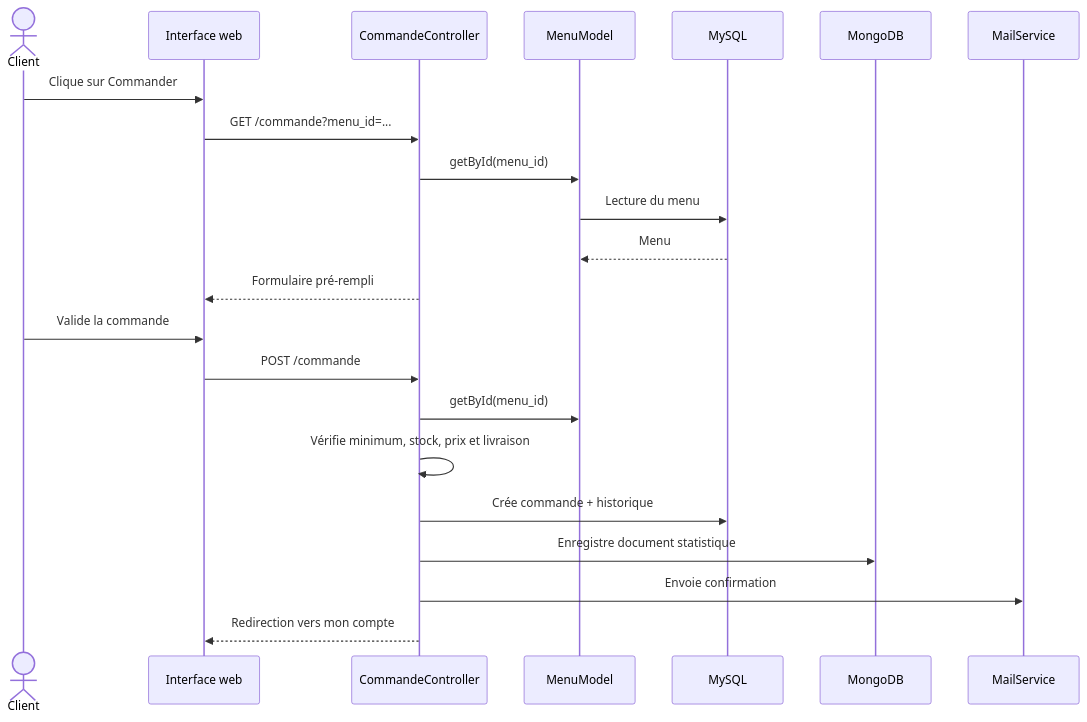
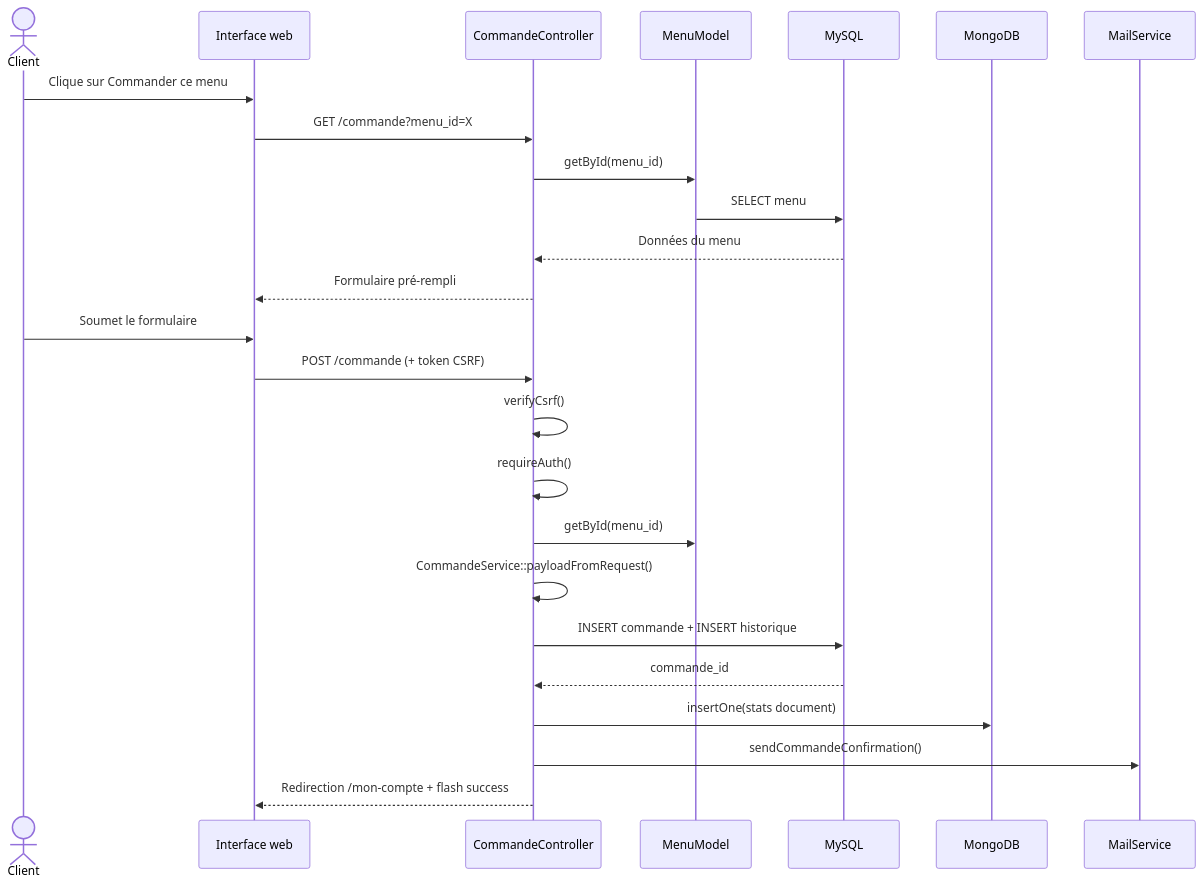
One commit to AmineAKIK/vite-gourmand-ecf changed the third of 3 diagrams in docs/documentation-technique.md. Above: the diagram before and after it, drawn with Mermaid. The commit also changed other lines of this file and 58 other files, not shown here.

````diff
--- a/docs/documentation-technique.md
+++ b/docs/documentation-technique.md
@@ -150,25 +253,29 @@
 ```mermaid
 sequenceDiagram
     actor Client
     participant UI as Interface web
     participant C as CommandeController
     participant M as MenuModel
     participant DB as MySQL
-    participant N as MongoDB
+    participant Mongo as MongoDB
     participant Mail as MailService
 
-    Client->>UI: Clique sur Commander
-    UI->>C: GET /commande?menu_id=...
+    Client->>UI: Clique sur Commander ce menu
+    UI->>C: GET /commande?menu_id=X
     C->>M: getById(menu_id)
-    M->>DB: Lecture du menu
-    DB-->>M: Menu
+    M->>DB: SELECT menu
+    DB-->>C: Données du menu
     C-->>UI: Formulaire pré-rempli
-    Client->>UI: Valide la commande
-    UI->>C: POST /commande
+
+    Client->>UI: Soumet le formulaire
+    UI->>C: POST /commande (+ token CSRF)
+    C->>C: verifyCsrf()
+    C->>C: requireAuth()
     C->>M: getById(menu_id)
-    C->>C: Vérifie minimum, stock, prix et livraison
-    C->>DB: Crée commande + historique
-    C->>N: Enregistre document statistique
-    C->>Mail: Envoie confirmation
-    C-->>UI: Redirection vers mon compte
+    C->>C: CommandeService::payloadFromRequest()
+    C->>DB: INSERT commande + INSERT historique
+    DB-->>C: commande_id
+    C->>Mongo: insertOne(stats document)
+    C->>Mail: sendCommandeConfirmation()
+    C-->>UI: Redirection /mon-compte + flash success
 ```
````
